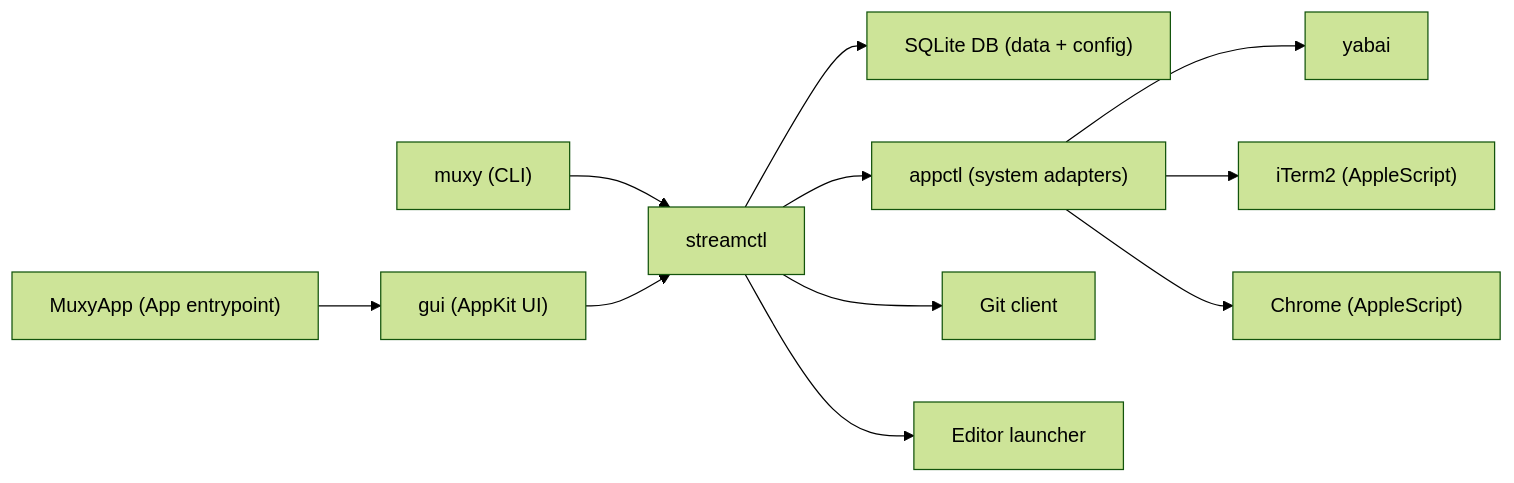
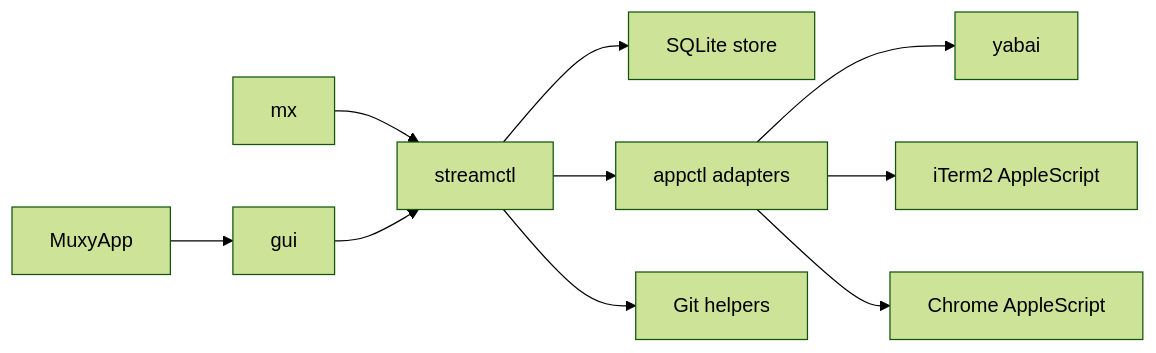
Before and after one commit to yogesh-dhande/spaces: the diagram in apps/macos/docs/architecture.md, drawn with Mermaid (forest theme). The commit also changed other lines of this file and 4 other files, not shown here.

````diff
--- a/apps/macos/docs/architecture.md
+++ b/apps/macos/docs/architecture.md
@@ -24,15 +17,14 @@
 ```mermaid
 flowchart LR
-  cli["muxy (CLI)"] --> stream["streamctl"]
-  guiapp["MuxyApp (App entrypoint)"] --> gui["gui (AppKit UI)"]
+  cli["mx"] --> stream["streamctl"]
+  app["MuxyApp"] --> gui["gui"]
   gui --> stream
 
-  stream --> db["SQLite DB (data + config)"]
-  stream --> appctl["appctl (system adapters)"]
-  stream --> git["Git client"]
-  stream --> editor["Editor launcher"]
+  stream --> store["SQLite store"]
+  stream --> appctl["appctl adapters"]
+  stream --> git["Git helpers"]
 
   appctl --> yabai["yabai"]
-  appctl --> iterm["iTerm2 (AppleScript)"]
-  appctl --> chrome["Chrome (AppleScript)"]
+  appctl --> iterm["iTerm2 AppleScript"]
+  appctl --> chrome["Chrome AppleScript"]
 ```
````
